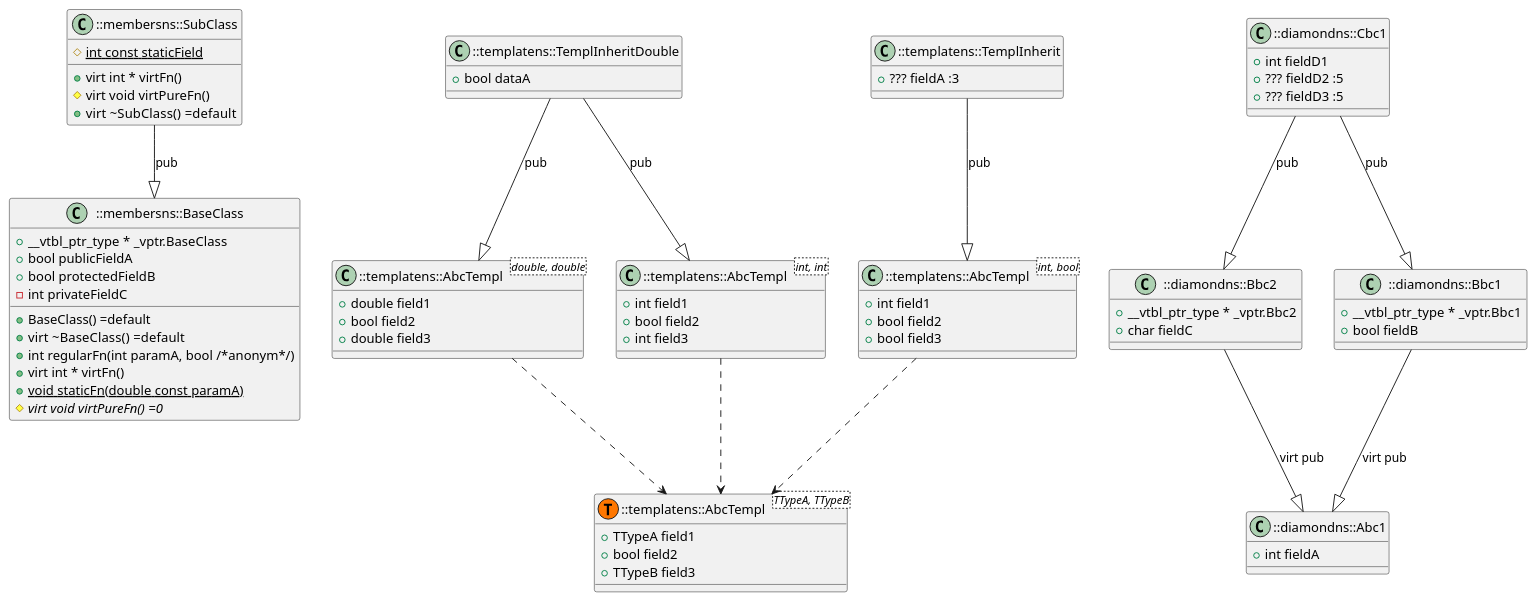
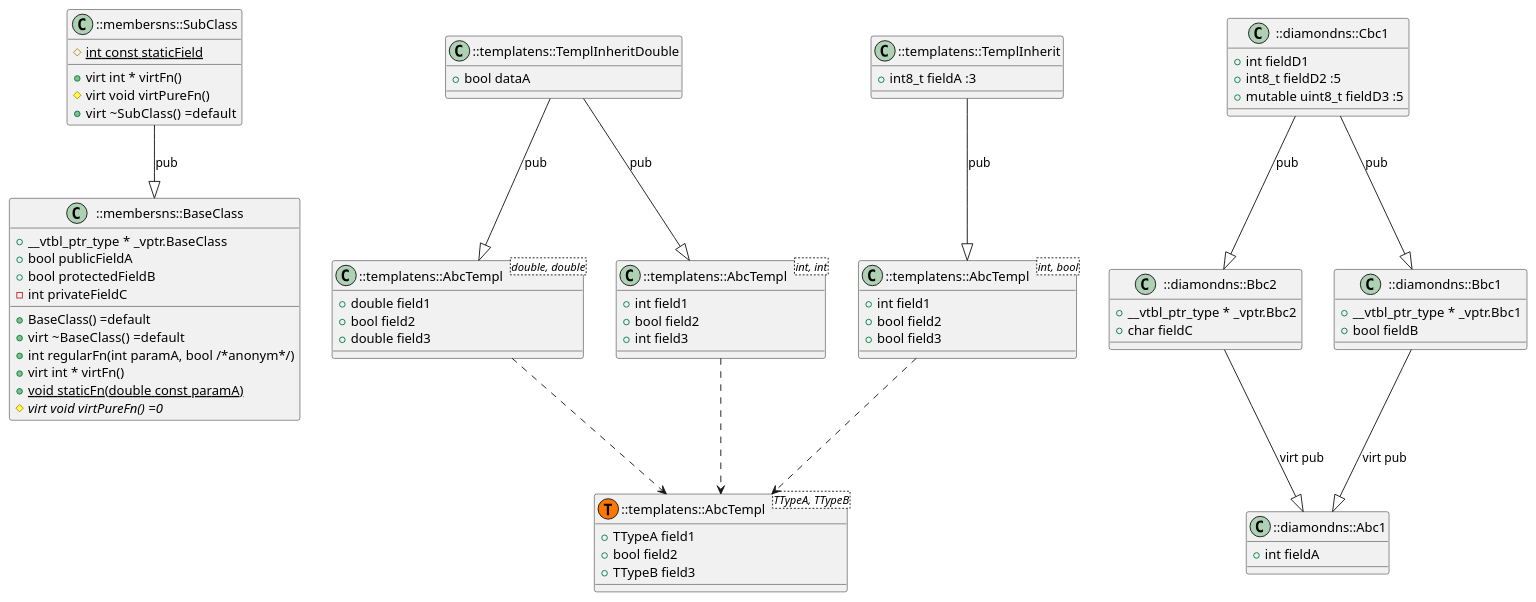
Before and after one commit to anetczuk/gcc-uml: the diagram in examples/inheritgraph/inherit_sample.cpp.puml, drawn with PlantUML. The commit also changed 29 other files, not shown here.

```diff
--- a/examples/inheritgraph/inherit_sample.cpp.puml
+++ b/examples/inheritgraph/inherit_sample.cpp.puml
@@ -1,87 +1,87 @@
 @startuml
 
 class "::membersns::SubClass" as item_0 {
     {field} {static} # int const staticField
     {method} +virt int * virtFn() 
     {method} #virt void virtPureFn() 
     {method} +virt  ~SubClass() =default
 }
 class "::membersns::BaseClass" as item_1 {
     {field} + __vtbl_ptr_type * _vptr.BaseClass
     {field} + bool publicFieldA
     {field} + bool protectedFieldB
     {field} - int privateFieldC
     {method} +  BaseClass() =default
     {method} +virt  ~BaseClass() =default
     {method} + int regularFn(int paramA, bool /*anonym*/) 
     {method} +virt int * virtFn() 
     {method} {static} + void staticFn(double const paramA) 
     {method} {abstract} #virt void virtPureFn() =0
 }
 class "::templatens::TemplInheritDouble" as item_2 {
     {field} + bool dataA
 }
 class "::templatens::TemplInherit" as item_3 {
-    {field} + ??? fieldA :3
+    {field} + int8_t fieldA :3
 }
 class "::templatens::AbcTempl" as item_4 <TTypeA, TTypeB> <<T,#FF7700>> {
     {field} + TTypeA field1
     {field} + bool field2
     {field} + TTypeB field3
 }
 class "::templatens::AbcTempl<double, double>" as item_5 {
     {field} + double field1
     {field} + bool field2
     {field} + double field3
 }
 class "::templatens::AbcTempl<int, int>" as item_6 {
     {field} + int field1
     {field} + bool field2
     {field} + int field3
 }
 class "::templatens::AbcTempl<int, bool>" as item_7 {
     {field} + int field1
     {field} + bool field2
     {field} + bool field3
 }
 class "::diamondns::Cbc1" as item_8 {
     {field} + int fieldD1
-    {field} + ??? fieldD2 :5
-    {field} + ??? fieldD3 :5
+    {field} + int8_t fieldD2 :5
+    {field} + mutable uint8_t fieldD3 :5
 }
 class "::diamondns::Bbc2" as item_9 {
     {field} + __vtbl_ptr_type * _vptr.Bbc2
     {field} + char fieldC
 }
 class "::diamondns::Bbc1" as item_10 {
     {field} + __vtbl_ptr_type * _vptr.Bbc1
     {field} + bool fieldB
 }
 class "::diamondns::Abc1" as item_11 {
     {field} + int fieldA
 }
 
 ' ::membersns::SubClass --|> ::membersns::BaseClass
 item_0 --|> item_1: "pub"
 ' ::templatens::TemplInheritDouble --|> ::templatens::AbcTempl<int, int>
 item_2 --|> item_6: "pub"
 ' ::templatens::TemplInheritDouble --|> ::templatens::AbcTempl<double, double>
 item_2 --|> item_5: "pub"
 ' ::templatens::TemplInherit --|> ::templatens::AbcTempl<int, bool>
 item_3 --|> item_7: "pub"
 ' ::templatens::AbcTempl<double, double> ..> ::templatens::AbcTempl
 item_5 ..> item_4
 ' ::templatens::AbcTempl<int, int> ..> ::templatens::AbcTempl
 item_6 ..> item_4
 ' ::templatens::AbcTempl<int, bool> ..> ::templatens::AbcTempl
 item_7 ..> item_4
 ' ::diamondns::Cbc1 --|> ::diamondns::Bbc1
 item_8 --|> item_10: "pub"
 ' ::diamondns::Cbc1 --|> ::diamondns::Bbc2
 item_8 --|> item_9: "pub"
 ' ::diamondns::Bbc2 --|> ::diamondns::Abc1
 item_9 --|> item_11: "virt pub"
 ' ::diamondns::Bbc1 --|> ::diamondns::Abc1
 item_10 --|> item_11: "virt pub"
 
 @enduml
```
